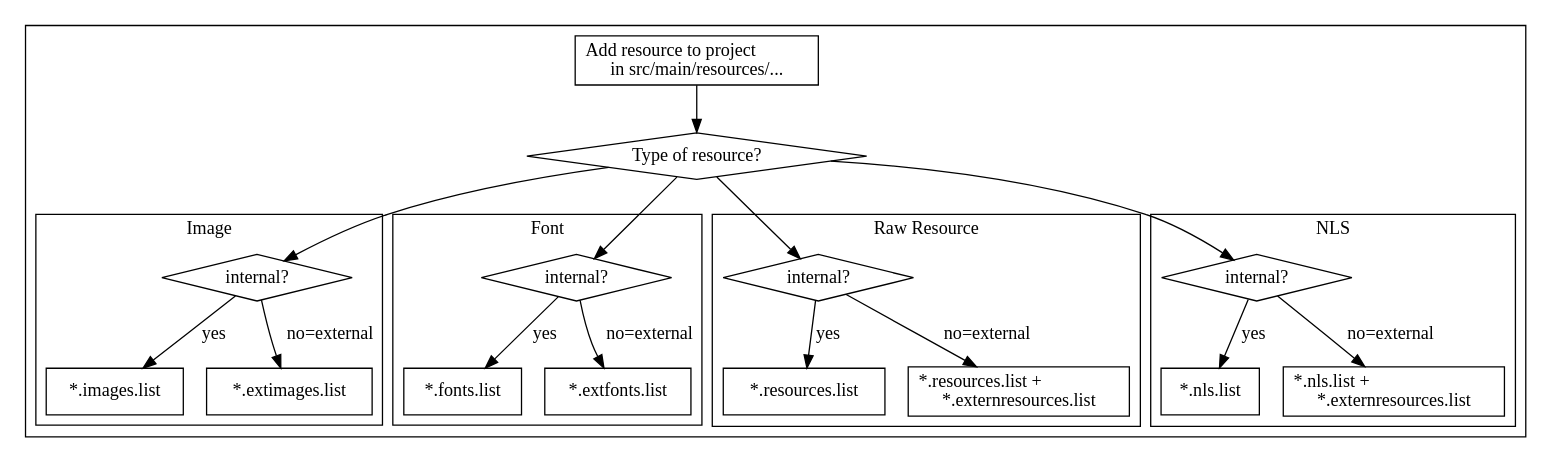
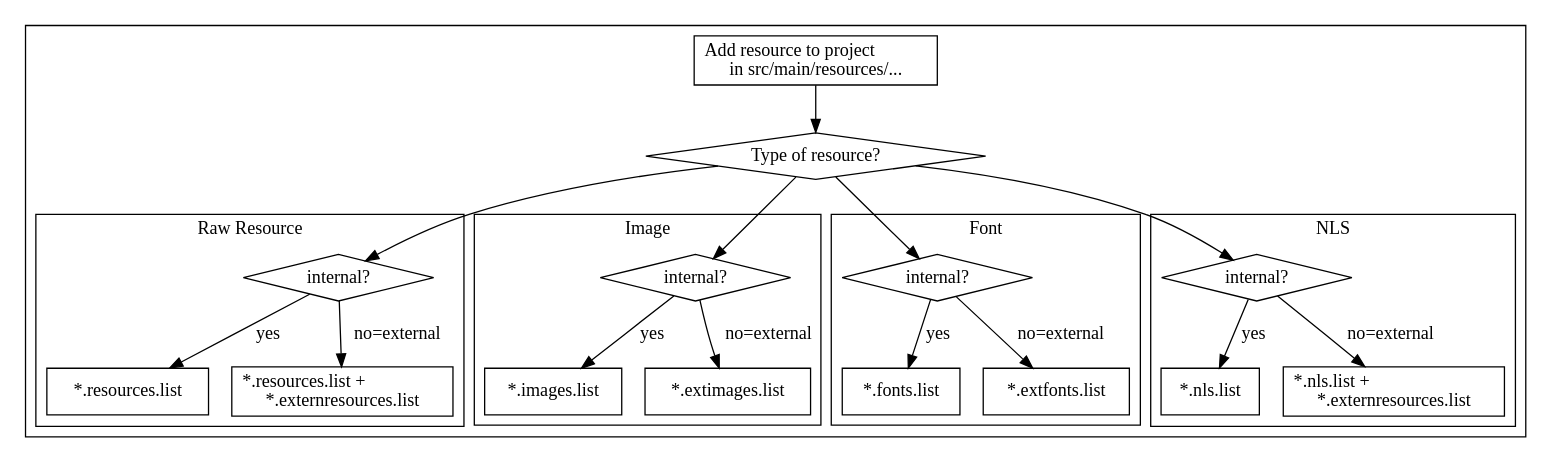
Before and after one commit to MicroEJ/docs: the first of 5 diagrams in ApplicationDeveloperGuide/applicationResources.rst, drawn with Graphviz. The commit also changed other lines of this file and 4 other files, not shown here.

Commit message:
Always cite in the same order: raw resources, images, fonts, nls

```diff
--- a/ApplicationDeveloperGuide/applicationResources.rst
+++ b/ApplicationDeveloperGuide/applicationResources.rst
@@ -45,53 +45,53 @@
 .. graphviz::
 
   digraph D {
   
   subgraph cluster_main {
       init [shape=box, label="Add resource to project\lin src/main/resources/..." ]
       type [shape=diamond, label="Type of resource?"]
   
+      internalRaw [shape=diamond, label="internal?"]
       internalImage [shape=diamond, label="internal?"]
       internalFont [shape=diamond, label="internal?"]
-      internalRaw [shape=diamond, label="internal?"]
       internalNLS [shape=diamond, label="internal?"]
   
+      rawList [shape=box, label="*.resources.list"]
+      rawExt [shape=box, label="*.resources.list +\l*.externresources.list"]
       imagesList [shape=box, label="*.images.list"]
       imagesExt [shape=box, label="*.extimages.list"]
       fontsList [shape=box, label="*.fonts.list"]
       fontsExt [shape=box, label="*.extfonts.list"]
-      rawList [shape=box, label="*.resources.list"]
-      rawExt [shape=box, label="*.resources.list +\l*.externresources.list"]
       NLSList [shape=box, label="*.nls.list"]
       NLSExt [shape=box, label="*.nls.list +\l*.externresources.list"]
   
       init -> type
+  
+      type -> internalRaw
+      subgraph cluster_Raw {
+          label ="Raw Resource"
+          internalRaw -> rawList [label="yes"]
+          internalRaw -> rawExt [label="no=external"]
+      }
   
       type -> internalImage
       subgraph cluster_image {
           label ="Image"
           internalImage -> imagesList [label="yes"]
           internalImage -> imagesExt [label="no=external"]
       }
   
       type -> internalFont
       subgraph cluster_font {
           label ="Font"
           internalFont -> fontsList [label="yes"]
           internalFont -> fontsExt [label="no=external"]
       }
-  
-      type -> internalRaw
-      subgraph cluster_Raw {
-          label ="Raw Resource"
-          internalRaw -> rawList [label="yes"]
-          internalRaw -> rawExt [label="no=external"]
-      }
       type -> internalNLS
       subgraph cluster_NLS {
           label ="NLS"
           internalNLS -> NLSList [label="yes"]
           internalNLS -> NLSExt [label="no=external"]
       }
   }
   
   }
```
